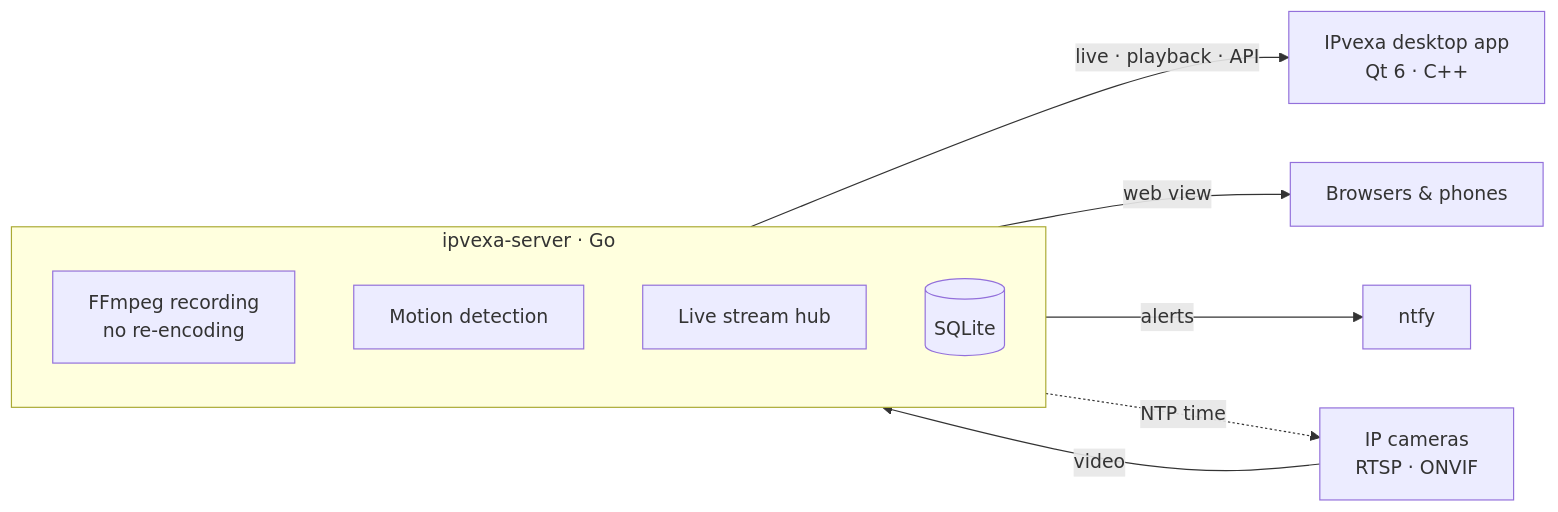
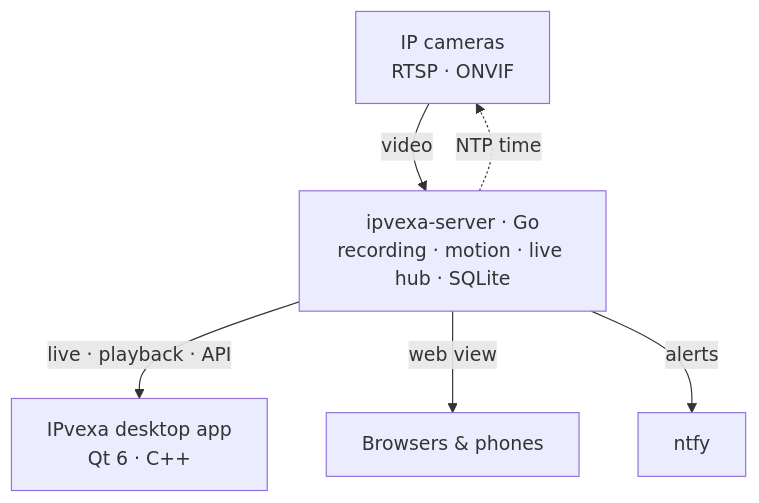
Before and after one commit to narl3yyy-svg/IPvexa: the diagram in README.md, drawn with Mermaid. The commit also changed other lines of this file, not shown here.

Commit message:
README: simpler architecture diagram, feature table headings

````diff
--- a/README.md
+++ b/README.md
@@ -255,14 +255,8 @@
 ```mermaid
-flowchart LR
-    C[IP cameras<br/>RTSP · ONVIF] -->|video| S
-    subgraph S[ipvexa-server · Go]
-      R[FFmpeg recording<br/>no re-encoding]
-      M[Motion detection]
-      H[Live stream hub]
-      DB[(SQLite)]
-    end
-    S -->|live · playback · API| A[IPvexa desktop app<br/>Qt 6 · C++]
-    S -->|web view| B[Browsers & phones]
-    S -->|alerts| N[ntfy]
+flowchart TB
+    C["IP cameras<br/>RTSP · ONVIF"] -->|video| S["ipvexa-server · Go<br/>recording · motion · live hub · SQLite"]
+    S -->|live · playback · API| A["IPvexa desktop app<br/>Qt 6 · C++"]
+    S -->|web view| B["Browsers & phones"]
+    S -->|alerts| N["ntfy"]
     S -.->|NTP time| C
 ```
````
